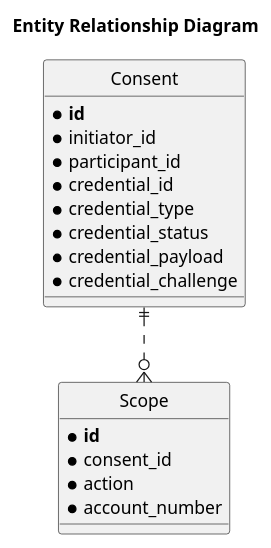
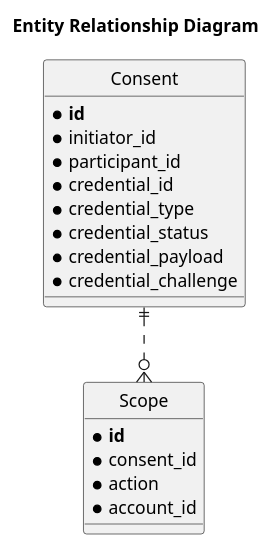
The diagram in docs/ErDiagram.puml (mojaloop/auth-service), drawn with PlantUML before and after one commit.

Commit message:
Change account_number to account_id

```diff
--- a/docs/ErDiagram.puml
+++ b/docs/ErDiagram.puml
@@ -1,30 +1,30 @@
 @startuml
 
 title Entity Relationship Diagram 
 ' hide the spot
 hide circle
 
 ' avoid problems with angled crows feet
 skinparam linetype ortho
 
 entity "Consent" as e01 {
   * **id**
   * initiator_id
   * participant_id
   * credential_id
   * credential_type
   * credential_status
   * credential_payload
   * credential_challenge
 }
 
 entity "Scope" as e02 {
   * **id**
   * consent_id
   * action 
-  * account_number 
+  * account_id 
 }
 
 
 e01 ||..o{ e02
 @enduml
```
